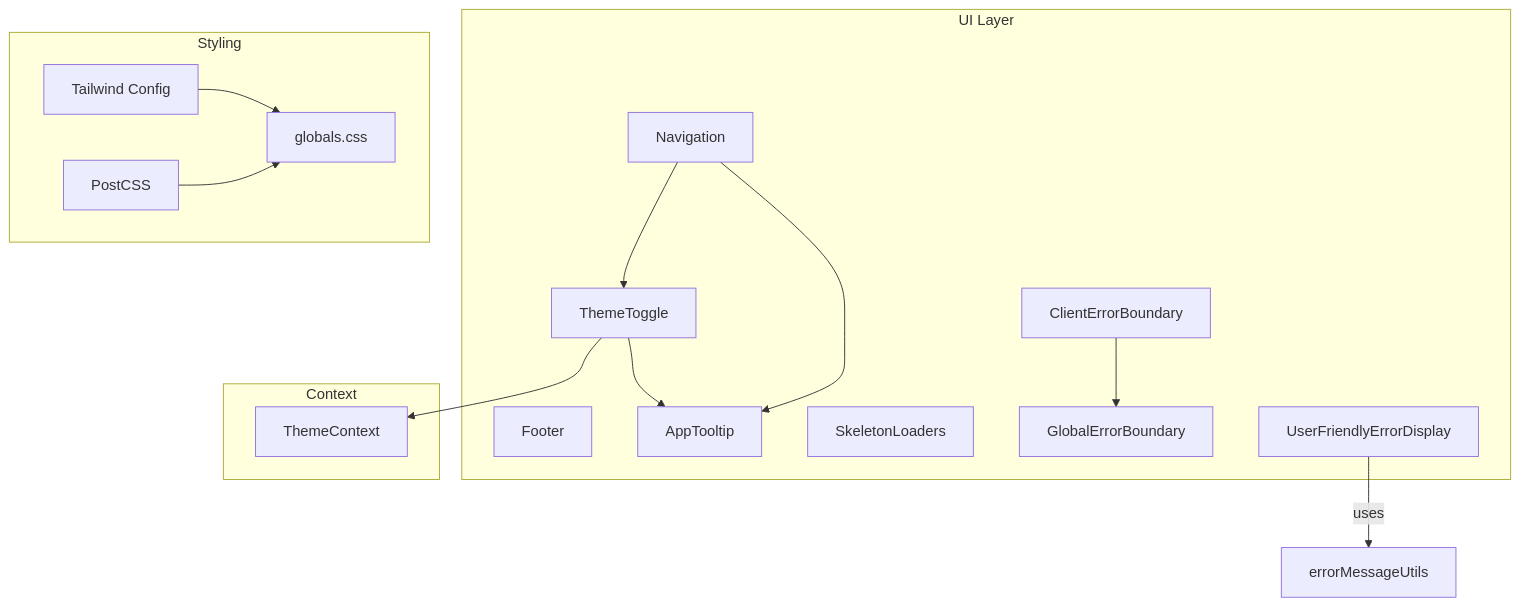
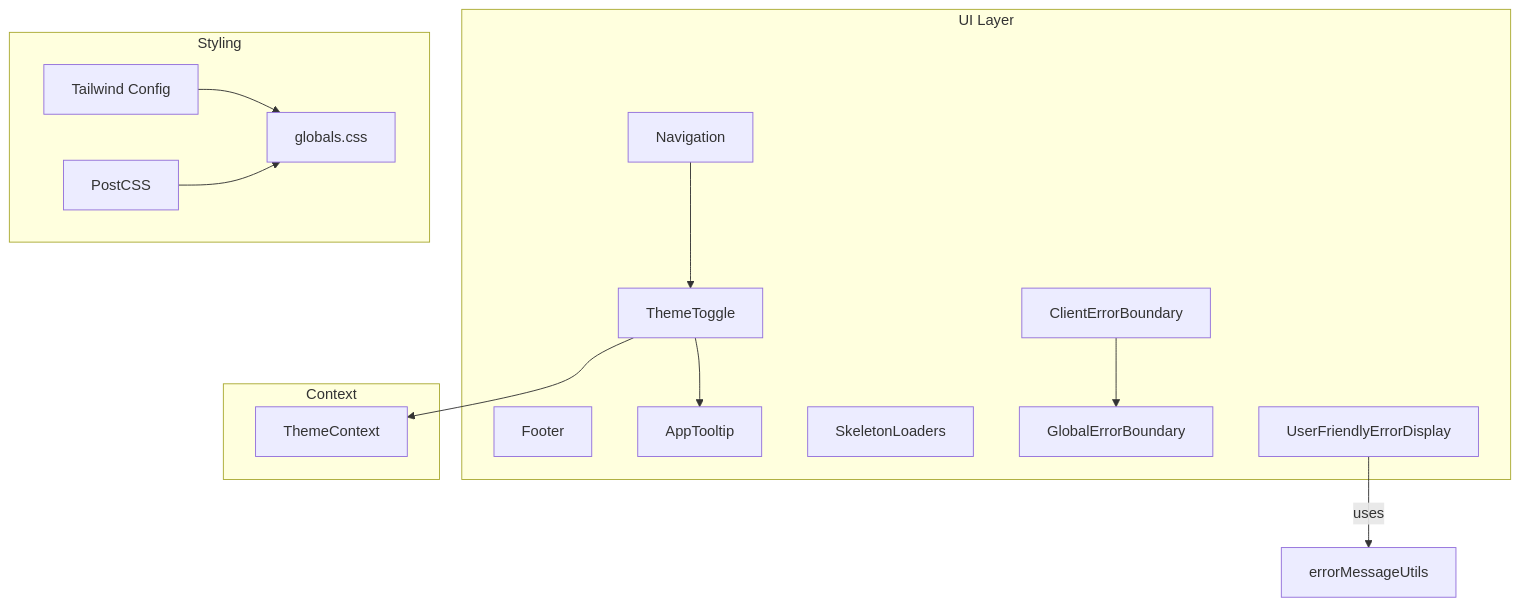
Before and after one commit to ptnghia-j/ChordMiniApp: the second of 10 diagrams in .qoder/repowiki/en/content/Frontend Application/Component Library and UI System/Common Components.md, drawn with Mermaid. The commit also changed other lines of this file and 13 other files, not shown here.

````diff
--- a/.qoder/repowiki/en/content/Frontend Application/Component Library and UI System/Common Components.md
+++ b/.qoder/repowiki/en/content/Frontend Application/Component Library and UI System/Common Components.md
@@ -122,29 +128,28 @@
 ```mermaid
 graph TB
 subgraph "UI Layer"
 Nav["Navigation"]
 TT["ThemeToggle"]
 FT["Footer"]
 Tip["AppTooltip"]
 Sk["SkeletonLoaders"]
 ErrC["ClientErrorBoundary"]
 ErrG["GlobalErrorBoundary"]
 UED["UserFriendlyErrorDisplay"]
 end
 subgraph "Context"
 TCtx["ThemeContext"]
 end
 subgraph "Styling"
 TW["Tailwind Config"]
 PC["PostCSS"]
 GCSS["globals.css"]
 end
 Nav --> TT
 TT --> TCtx
 TT --> Tip
-Nav --> Tip
 ErrC --> ErrG
 UED --> |"uses"| Util["errorMessageUtils"]
 TW --> GCSS
 PC --> GCSS
 ```
````
